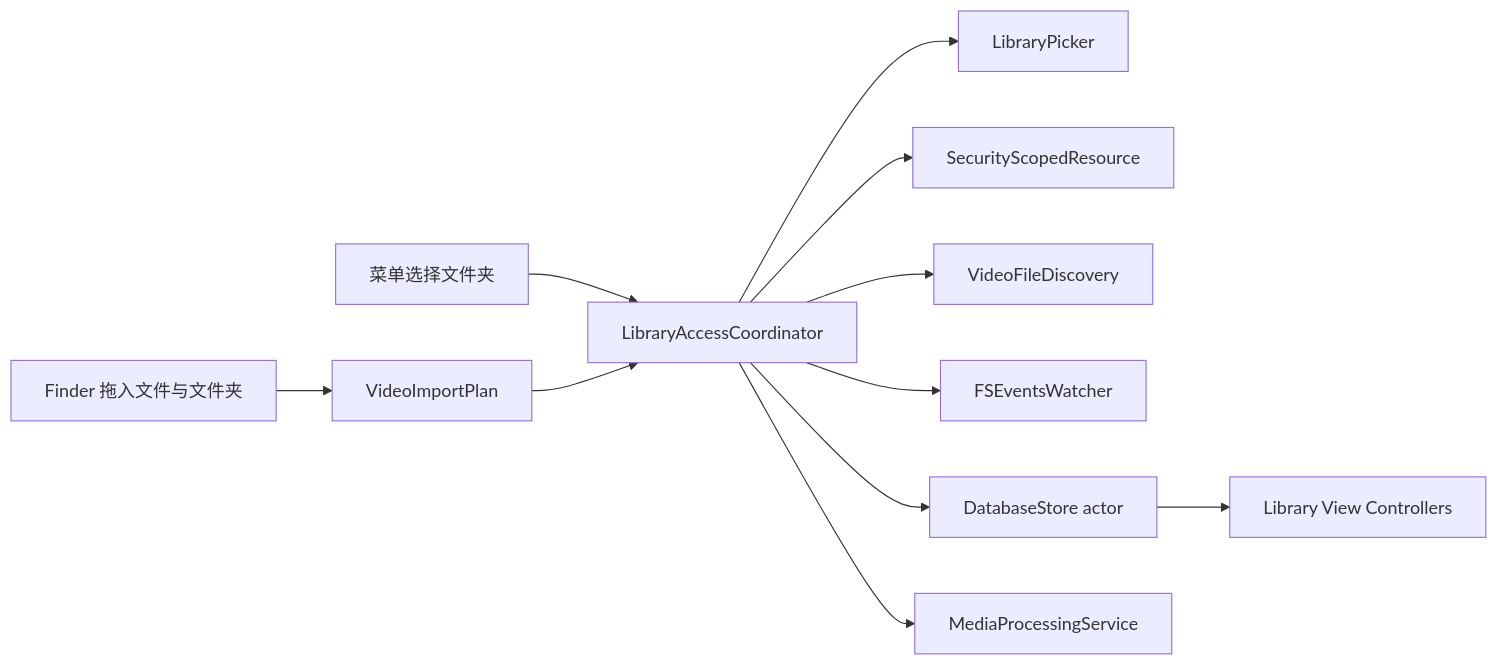
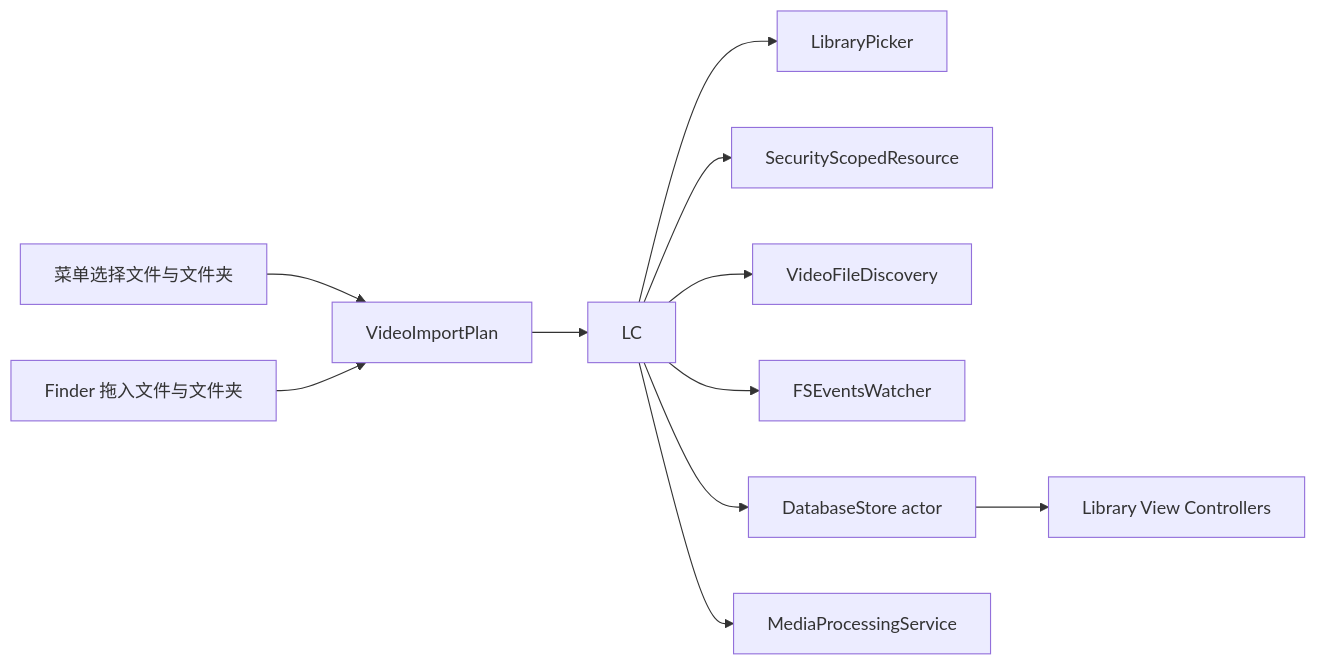
Before and after one commit to larryisthere/FileFacet: the first of 2 diagrams in docs/product/manual-video-import-design.md, drawn with Mermaid. The commit also changed other lines of this file and 13 other files, not shown here.

Commit message:
Unify video and folder import

````diff
--- a/docs/product/manual-video-import-design.md
+++ b/docs/product/manual-video-import-design.md
@@ -33,13 +33,13 @@
 ```mermaid
 flowchart LR
-    MENU["菜单选择文件夹"] --> LC["LibraryAccessCoordinator"]
+    MENU["菜单选择文件与文件夹"] --> PLAN["VideoImportPlan"]
     DROP["Finder 拖入文件与文件夹"] --> PLAN["VideoImportPlan"]
     PLAN --> LC
     LC --> LP["LibraryPicker"]
     LC --> SR["SecurityScopedResource"]
     LC --> VD["VideoFileDiscovery"]
     LC --> FE["FSEventsWatcher"]
     LC --> DB["DatabaseStore actor"]
     LC --> MP["MediaProcessingService"]
     DB --> VC["Library View Controllers"]
 ```
````
